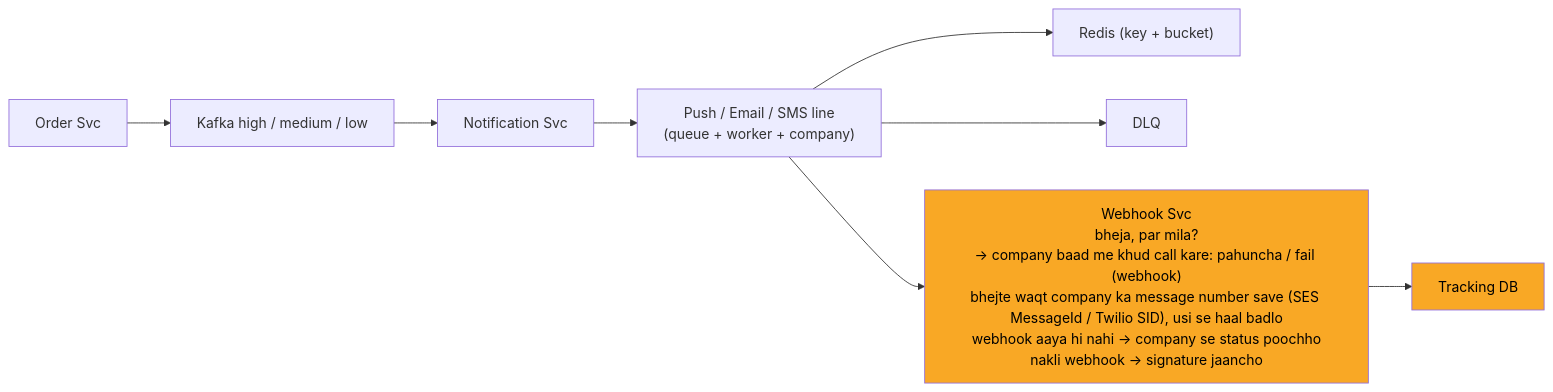
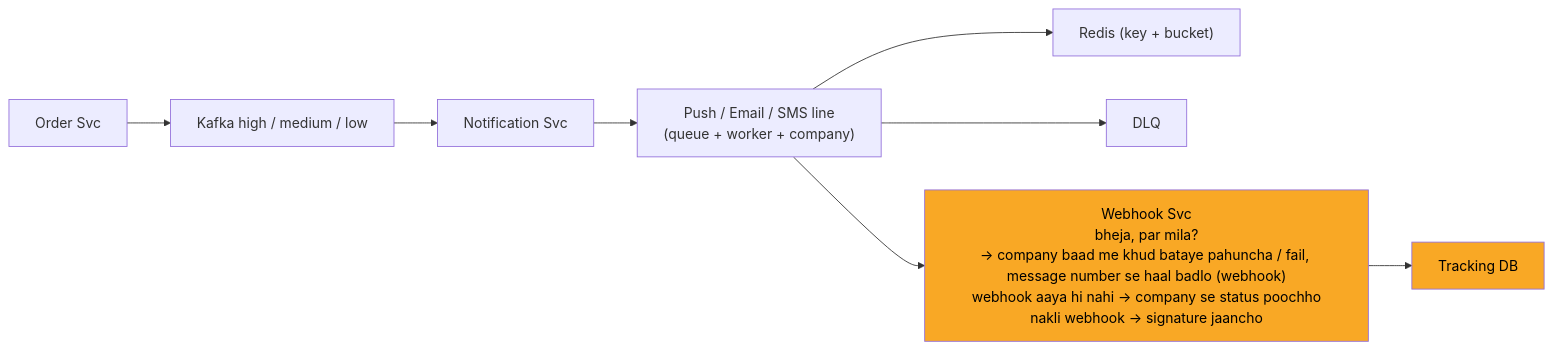
One commit to ArpanMaheshwari144/Prep changed the diagram in 04_HLD/SYSTEM_DESIGNS/04_notification_system/img/c9.mmd. Above: the diagram before and after it, drawn with Mermaid. The commit also changed 47 other files, not shown here.

```diff
--- a/04_HLD/SYSTEM_DESIGNS/04_notification_system/img/c9.mmd
+++ b/04_HLD/SYSTEM_DESIGNS/04_notification_system/img/c9.mmd
@@ -1,19 +1,19 @@
 %%{init: {"flowchart": {"wrappingWidth": 450}}}%%
 flowchart LR
     n_Order_Svc["Order Svc"]
     n_Kafka["Kafka high / medium / low"]
     n_Notification_Svc["Notification Svc"]
     n_LINES["Push / Email / SMS line<br/>(queue + worker + company)"]
     n_Redis["Redis (key + bucket)"]
     n_DLQ["DLQ"]
-    n_Webhook_Svc["Webhook Svc<br/>bheja, par mila?<br/>-> company baad me khud call kare: pahuncha / fail (webhook)<br/>bhejte waqt company ka message number save (SES MessageId / Twilio SID), usi se haal badlo<br/>webhook aaya hi nahi -> company se status poochho<br/>nakli webhook -> signature jaancho"]
+    n_Webhook_Svc["Webhook Svc<br/>bheja, par mila?<br/>-> company baad me khud bataye pahuncha / fail, message number se haal badlo (webhook)<br/>webhook aaya hi nahi -> company se status poochho<br/>nakli webhook -> signature jaancho"]
     n_Tracking_DB["Tracking DB"]
     n_Order_Svc --> n_Kafka
     n_Kafka --> n_Notification_Svc
     n_Notification_Svc --> n_LINES
     n_LINES --> n_Redis
     n_LINES --> n_DLQ
     n_LINES --> n_Webhook_Svc
     n_Webhook_Svc --> n_Tracking_DB
     style n_Webhook_Svc fill:#f9a825,color:#000
     style n_Tracking_DB fill:#f9a825,color:#000
```
